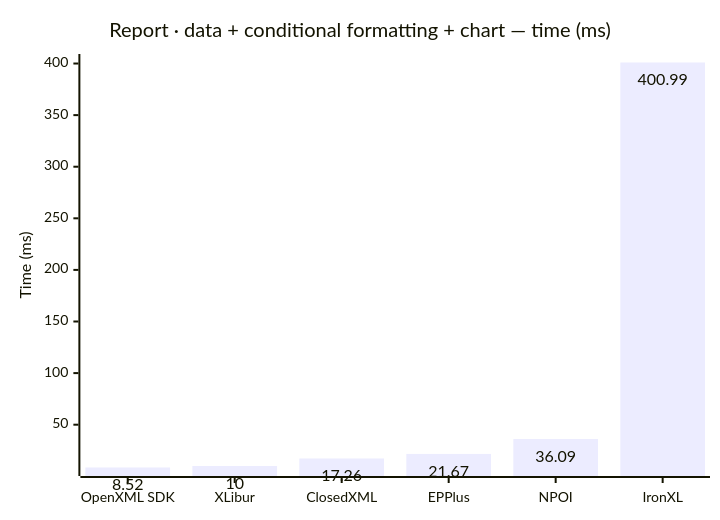
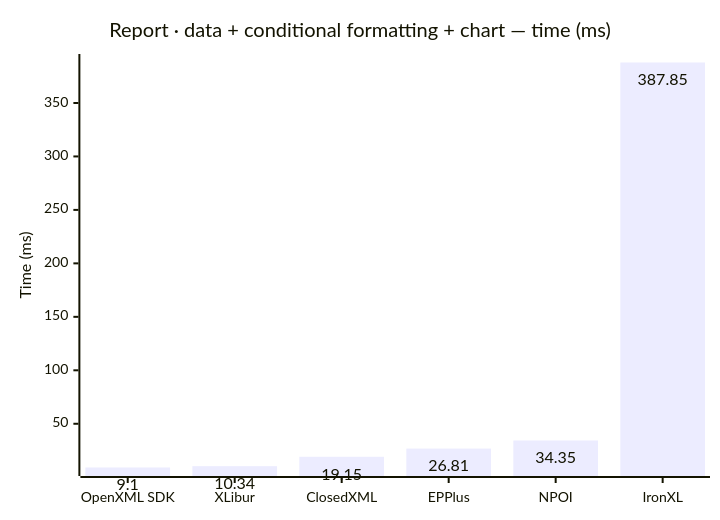
One commit to jafin/XLBench changed the seventh of 12 diagrams in docs/results.md. Above: the diagram before and after it, drawn with Mermaid. The commit also changed other lines of this file and 2 other files, not shown here.

````diff
--- a/docs/results.md
+++ b/docs/results.md
@@ -113,12 +113,12 @@
 ```mermaid
 ---
 config:
   xyChart:
     showDataLabel: true
 ---
 xychart-beta
     title "Report · data + conditional formatting + chart — time (ms)"
     x-axis ["OpenXML SDK", "XLibur", "ClosedXML", "EPPlus", "NPOI", "IronXL"]
     y-axis "Time (ms)"
-    bar [8.52, 10, 17.26, 21.67, 36.09, 400.99]
+    bar [9.1, 10.34, 19.15, 26.81, 34.35, 387.85]
 ```
````
